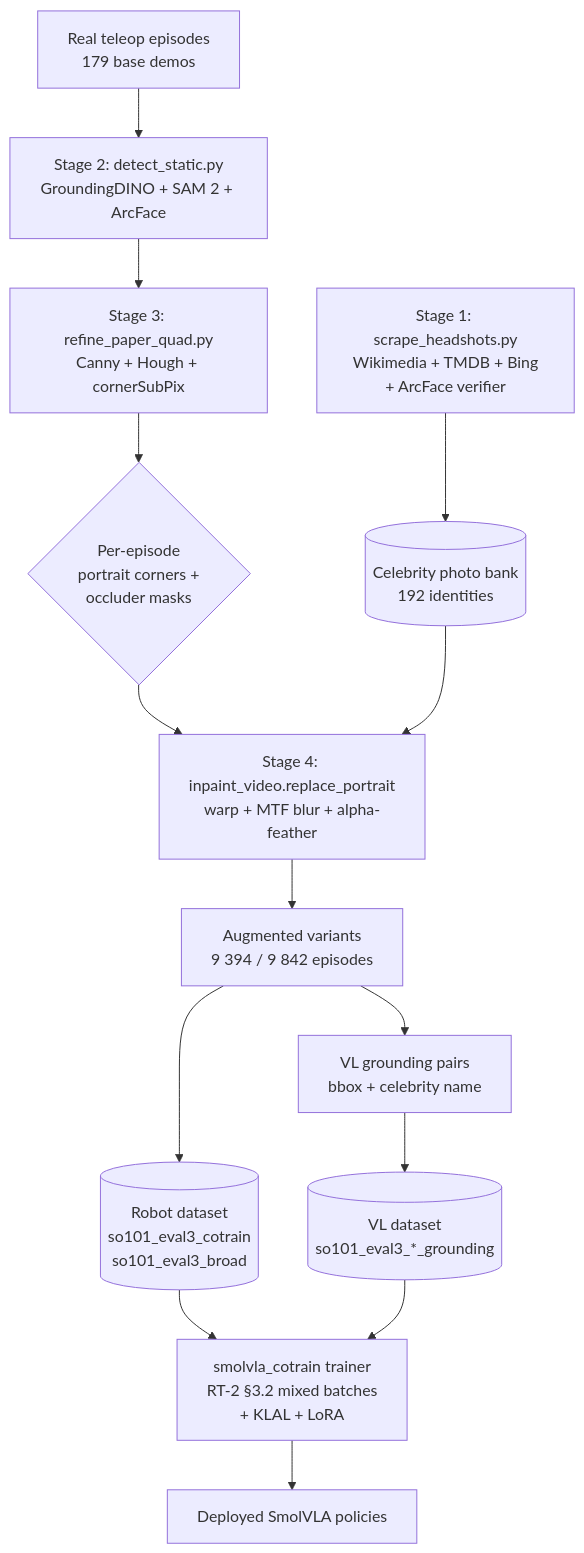
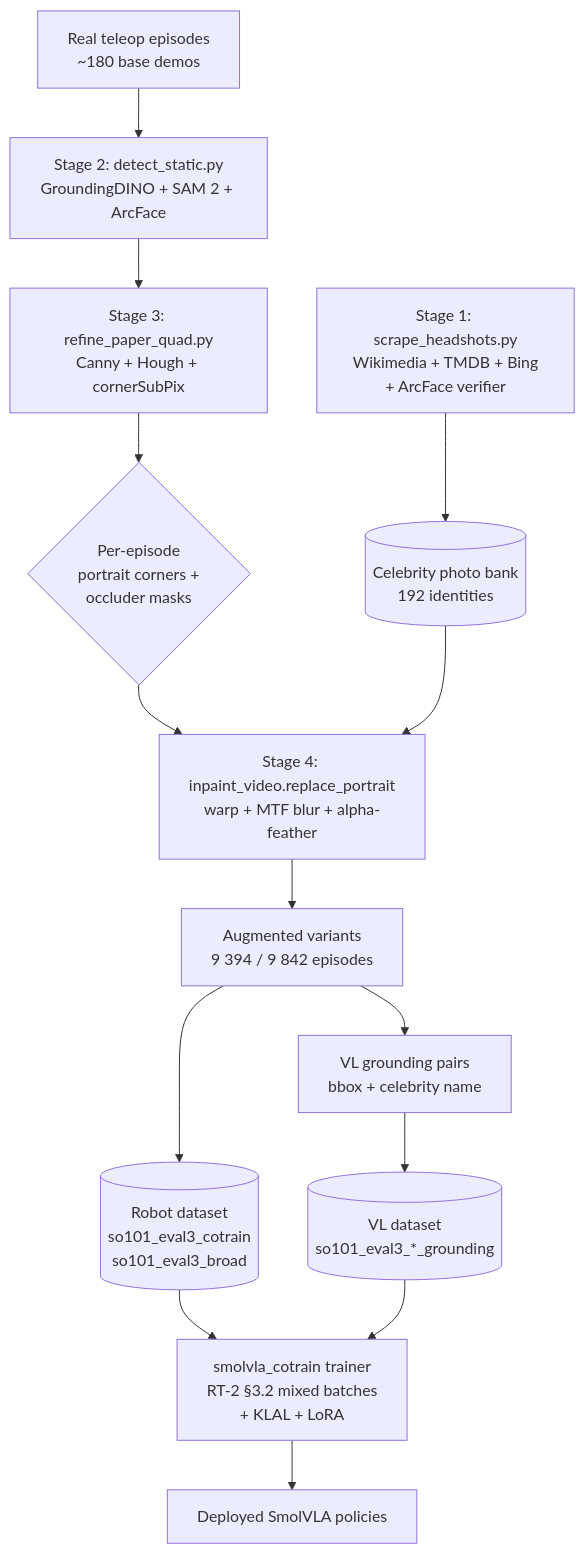
Before and after one commit to Ace3Z/LeMonkey: the first of 4 diagrams in eval_3/aug/README.md, drawn with Mermaid. The commit also changed 1 other file, not shown here.

Commit message:
docs: unify prose mentions of base teleop count to ~180 (mermaid + bullet)

````diff
--- a/eval_3/aug/README.md
+++ b/eval_3/aug/README.md
@@ -34,16 +34,16 @@
 ```mermaid
 flowchart TB
-    A[Real teleop episodes<br/>179 base demos] --> B[Stage 2: detect_static.py<br/>GroundingDINO + SAM 2 + ArcFace]
+    A[Real teleop episodes<br/>~180 base demos] --> B[Stage 2: detect_static.py<br/>GroundingDINO + SAM 2 + ArcFace]
     B --> C[Stage 3: refine_paper_quad.py<br/>Canny + Hough + cornerSubPix]
     C --> D{Per-episode<br/>portrait corners +<br/>occluder masks}
     M[Stage 1: scrape_headshots.py<br/>Wikimedia + TMDB + Bing<br/>+ ArcFace verifier] --> N[(Celebrity photo bank<br/>192 identities)]
     D --> E[Stage 4: inpaint_video.replace_portrait<br/>warp + MTF blur + alpha-feather]
     N --> E
     E --> F[Augmented variants<br/>9 394 / 9 842 episodes]
     F --> H[(Robot dataset<br/>so101_eval3_cotrain<br/>so101_eval3_broad)]
     F --> I[VL grounding pairs<br/>bbox + celebrity name]
     I --> J[(VL dataset<br/>so101_eval3_*_grounding)]
     H --> K[smolvla_cotrain trainer<br/>RT-2 §3.2 mixed batches<br/>+ KLAL + LoRA]
     J --> K
     K --> L[Deployed SmolVLA policies]
 ```
````
